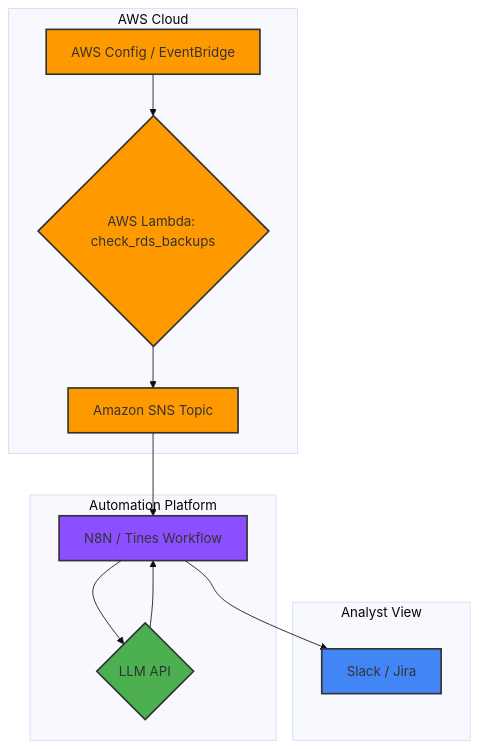
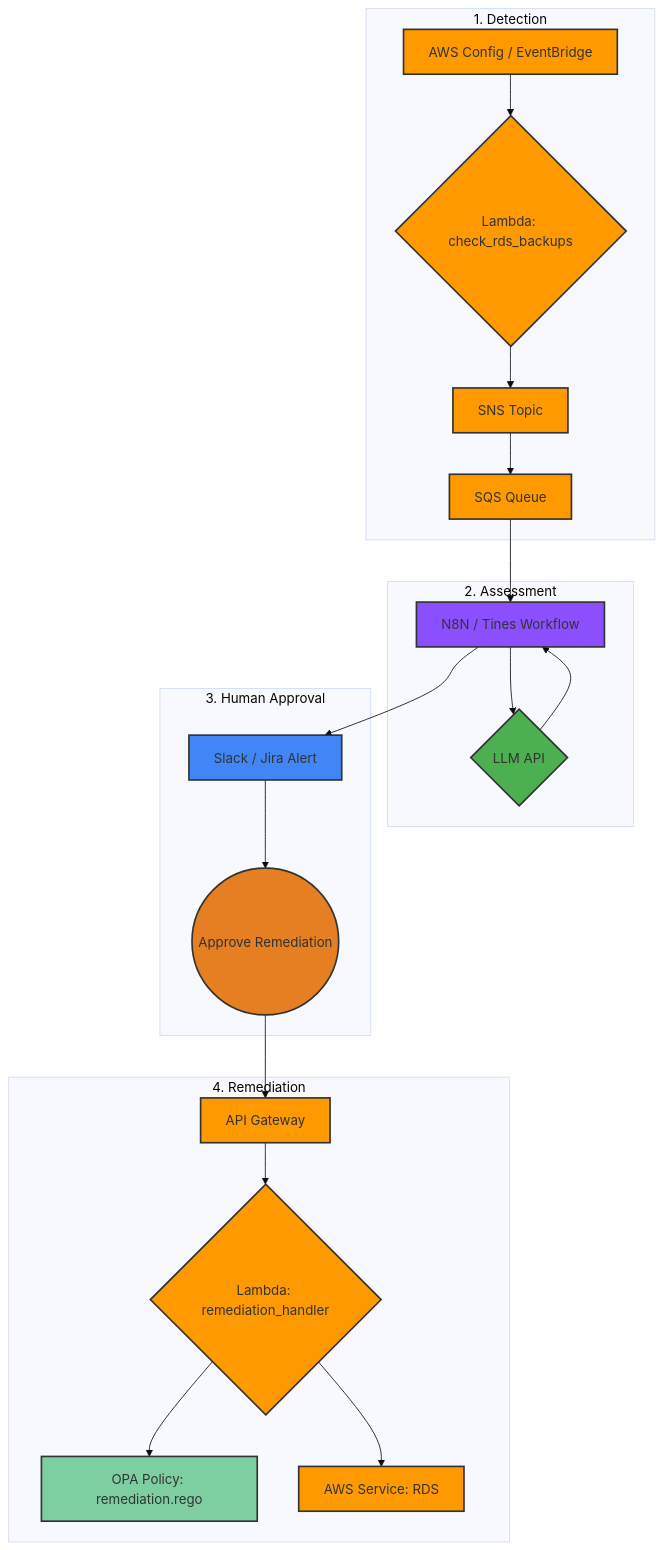
One commit to wrestcody/Argus-Watch changed the diagram in architecture.md. Above: the diagram before and after it, drawn with Mermaid (base theme). The commit also changed other lines of this file and 3 other files, not shown here.

First line of the commit message:
feat: Add closed-loop remediation with OPA and API Gateway

````diff
--- a/architecture.md
+++ b/architecture.md
@@ -12,26 +14,46 @@
 ```mermaid
 graph TD
-    subgraph AWS Cloud
-        A[AWS Config / EventBridge] --> B{AWS Lambda: check_rds_backups};
-        B --> C[Amazon SNS Topic];
+    subgraph "1. Detection"
+        A[AWS Config / EventBridge] --> B{Lambda: check_rds_backups};
+        B --> C[SNS Topic];
+        C --> D[SQS Queue];
     end
 
-    subgraph Automation Platform
-        D[N8N / Tines Workflow] --> E{LLM API};
-        C --> D;
+    subgraph "2. Assessment"
+        D --> E[N8N / Tines Workflow];
+        E --> F{LLM API};
+        F --> E;
     end
 
-    subgraph Analyst View
-        F[Slack / Jira]
+    subgraph "3. Human Approval"
+        G[Slack / Jira Alert];
+        E --> G;
+        H((Approve Remediation));
+        G --> H;
     end
 
-    E --> D;
-    D --> F;
+    subgraph "4. Remediation"
+        I[API Gateway];
+        J{Lambda: remediation_handler};
+        K[OPA Policy: remediation.rego];
+        L[AWS Service: RDS];
+
+        H --> I;
+        I --> J;
+        J --> K;
+        J --> L;
+    end
 
     style A fill:#FF9900,stroke:#333,stroke-width:2px
     style B fill:#FF9900,stroke:#333,stroke-width:2px
     style C fill:#FF9900,stroke:#333,stroke-width:2px
-    style D fill:#8C4FFF,stroke:#333,stroke-width:2px
-    style E fill:#4CAF50,stroke:#333,stroke-width:2px
-    style F fill:#4285F4,stroke:#333,stroke-width:2px
+    style D fill:#FF9900,stroke:#333,stroke-width:2px
+    style E fill:#8C4FFF,stroke:#333,stroke-width:2px
+    style F fill:#4CAF50,stroke:#333,stroke-width:2px
+    style G fill:#4285F4,stroke:#333,stroke-width:2px
+    style H fill:#E67E22,stroke:#333,stroke-width:2px
+    style I fill:#FF9900,stroke:#333,stroke-width:2px
+    style J fill:#FF9900,stroke:#333,stroke-width:2px
+    style K fill:#7DCEA0,stroke:#333,stroke-width:2px
+    style L fill:#FF9900,stroke:#333,stroke-width:2px
 ```
````
